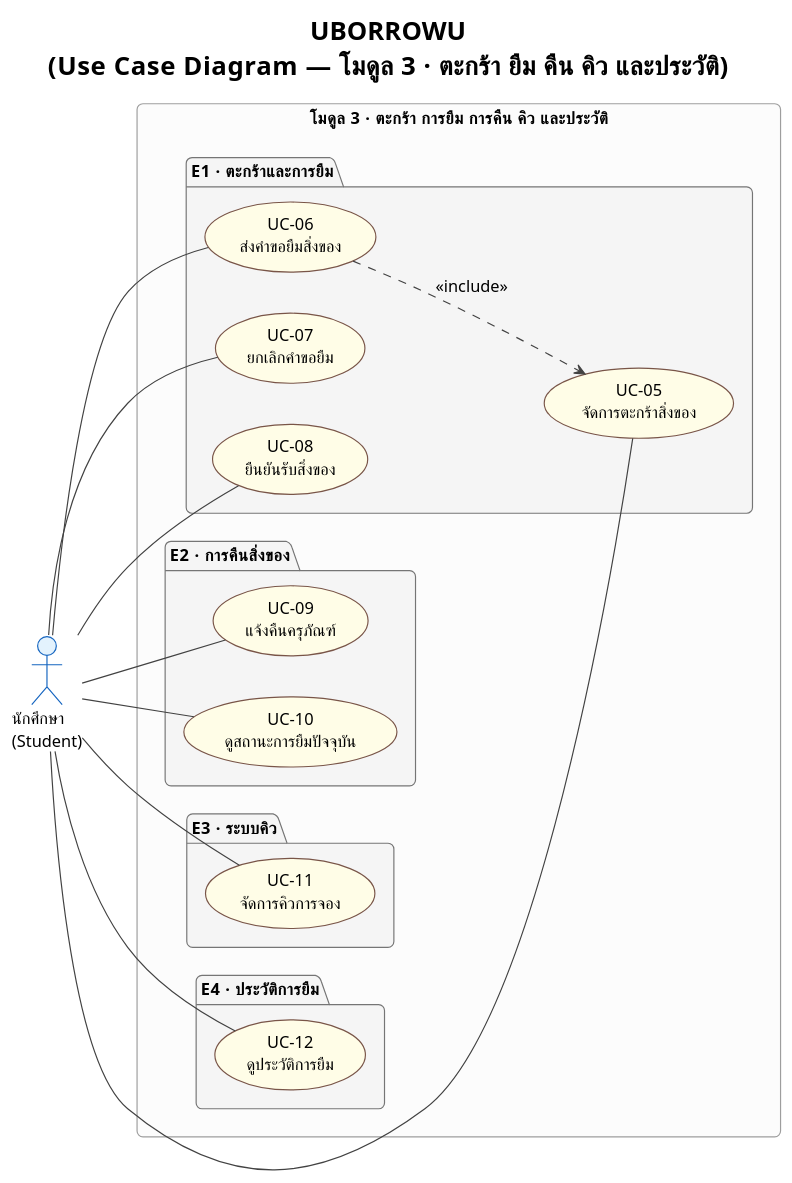
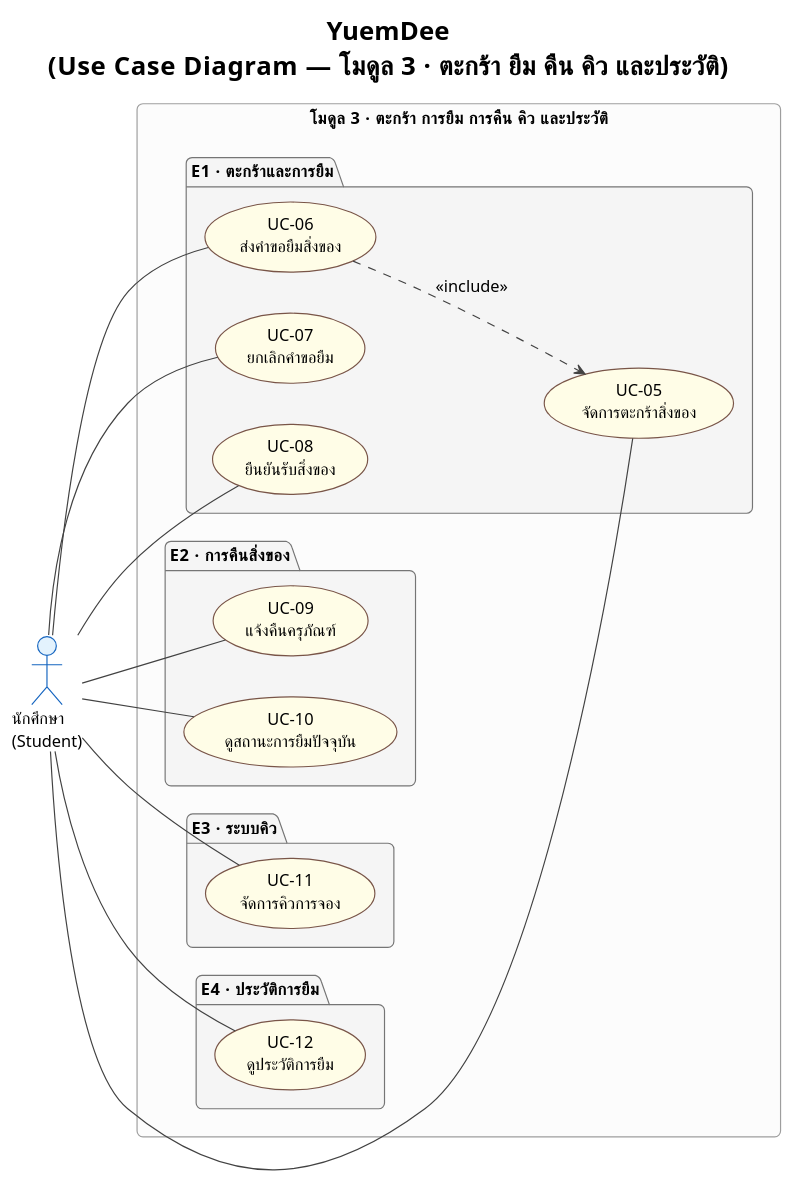
Before and after one commit to patlnwza-007/project-2569: the diagram in proposal/usecase/usecase_module3.puml, drawn with PlantUML. The commit also changed 22 other files, not shown here.

```diff
--- a/proposal/usecase/usecase_module3.puml
+++ b/proposal/usecase/usecase_module3.puml
@@ -2,68 +2,68 @@
 @startuml usecase_module3
 !theme plain
 skinparam defaultFontName TH Sarabun New
 skinparam defaultFontSize 14
 skinparam roundcorner 10
 
 skinparam usecase {
   BackgroundColor #FFFDE7
   BorderColor #795548
 }
 skinparam actor {
   BackgroundColor #E3F2FD
   BorderColor #1565C0
 }
 skinparam package {
   BackgroundColor #F5F5F5
   BorderColor #757575
   FontStyle bold
 }
 skinparam rectangle {
   BackgroundColor #FCFCFC
   BorderColor #9E9E9E
 }
 skinparam ArrowColor #424242
 
-title <b>UBORROWU</b>\n(Use Case Diagram — โมดูล 3 · ตะกร้า ยืม คืน คิว และประวัติ)
+title <b>YuemDee</b>\n(Use Case Diagram — โมดูล 3 · ตะกร้า ยืม คืน คิว และประวัติ)
 
 left to right direction
 
 actor "นักศึกษา\n(Student)" as Student
 
 rectangle "โมดูล 3 · ตะกร้า การยืม การคืน คิว และประวัติ" {
   package "E1 · ตะกร้าและการยืม" {
     usecase "UC-05\nจัดการตะกร้าสิ่งของ" as UC05
     usecase "UC-06\nส่งคำขอยืมสิ่งของ" as UC06
     usecase "UC-07\nยกเลิกคำขอยืม" as UC07
     usecase "UC-08\nยืนยันรับสิ่งของ" as UC08
   }
 
   package "E2 · การคืนสิ่งของ" {
     usecase "UC-09\nแจ้งคืนครุภัณฑ์" as UC09
     usecase "UC-10\nดูสถานะการยืมปัจจุบัน" as UC10
   }
 
   package "E3 · ระบบคิว" {
     usecase "UC-11\nจัดการคิวการจอง" as UC11
   }
 
   package "E4 · ประวัติการยืม" {
     usecase "UC-12\nดูประวัติการยืม" as UC12
   }
 }
 
 Student -- UC05
 Student -- UC06
 Student -- UC07
 Student -- UC08
 Student -- UC09
 Student -- UC10
 Student -- UC11
 Student -- UC12
 
 UC06 ..> UC05 : <<include>>
 
 ' หมายเหตุ: UC-09 (นักศึกษาแจ้งคืน) กับ UC-19 (เจ้าหน้าที่ยืนยันรับคืน, โมดูล 6) เป็นคนละ actor
 ' และคนละรอบเวลา (asynchronous handoff) — ไม่ใช่ <<include>>/<<extend>> เชิง UML จึงไม่วาดเส้นข้ามโมดูล
 
 @enduml
```
